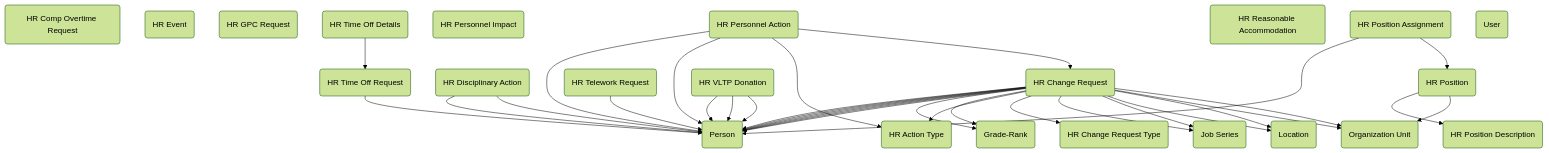
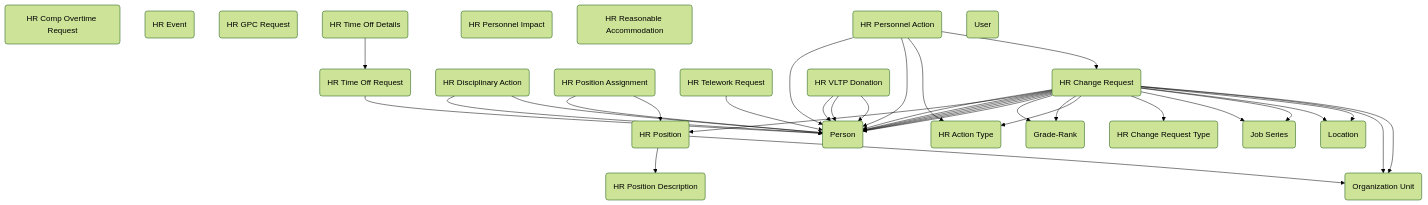
Before and after one commit to microsoft/gov-solutions: the diagram in _data_models/hr-administration.md, drawn with Mermaid (forest theme). The commit also changed other lines of this file and 3 other files, not shown here.

````diff
--- a/_data_models/hr-administration.md
+++ b/_data_models/hr-administration.md
@@ -28,58 +28,59 @@
 ```mermaid
 graph TD
   Contact(Person)
   govcdm_graderank(Grade-Rank)
   govcdm_HRActionType(HR Action Type)
   govcdm_HRChangeRequest(HR Change Request)
   govcdm_HRChangeRequestType(HR Change Request Type)
   govcdm_HRCompOvertimeRequest(HR Comp Overtime Request)
   govcdm_HRDisciplinaryAction(HR Disciplinary Action)
   govcdm_HREvent(HR Event)
   govcdm_HRGPCRequest(HR GPC Request)
   govcdm_HRPersonnelAction(HR Personnel Action)
   govcdm_HRPersonnelImpact(HR Personnel Impact)
   govcdm_HRPosition(HR Position)
   govcdm_HRPositionAssignment(HR Position Assignment)
   govcdm_HRPositionDescription(HR Position Description)
   govcdm_HRReasonableAccommodation(HR Reasonable Accommodation)
   govcdm_HRTeleworkRequest(HR Telework Request)
   govcdm_HRTimeOffDetails(HR Time Off Details)
   govcdm_HRTimeOffRequest(HR Time Off Request)
   govcdm_HRVLTPDonation(HR VLTP Donation)
   govcdm_jobseries(Job Series)
   govcdm_Location(Location)
   govcdm_organizationunit(Organization Unit)
   SystemUser(User)
   govcdm_HRChangeRequest --> Contact
+  govcdm_HRChangeRequest --> govcdm_HRPosition
   govcdm_HRTeleworkRequest --> Contact
   govcdm_HRTimeOffRequest --> Contact
   govcdm_HRChangeRequest --> Contact
   govcdm_HRChangeRequest --> Contact
   govcdm_HRChangeRequest --> Contact
   govcdm_HRChangeRequest --> Contact
   govcdm_HRChangeRequest --> Contact
   govcdm_HRDisciplinaryAction --> Contact
   govcdm_HRDisciplinaryAction --> Contact
   govcdm_HRPersonnelAction --> Contact
   govcdm_HRPersonnelAction --> Contact
   govcdm_HRPositionAssignment --> Contact
   govcdm_HRVLTPDonation --> Contact
   govcdm_HRVLTPDonation --> Contact
   govcdm_HRVLTPDonation --> Contact
   govcdm_HRChangeRequest --> govcdm_graderank
   govcdm_HRChangeRequest --> govcdm_graderank
   govcdm_HRChangeRequest --> govcdm_HRActionType
   govcdm_HRPersonnelAction --> govcdm_HRActionType
   govcdm_HRPersonnelAction --> govcdm_HRChangeRequest
   govcdm_HRChangeRequest --> govcdm_HRChangeRequestType
   govcdm_HRPositionAssignment --> govcdm_HRPosition
   govcdm_HRPosition --> govcdm_HRPositionDescription
   govcdm_HRTimeOffDetails --> govcdm_HRTimeOffRequest
   govcdm_HRChangeRequest --> govcdm_jobseries
   govcdm_HRChangeRequest --> govcdm_jobseries
   govcdm_HRChangeRequest --> govcdm_Location
   govcdm_HRChangeRequest --> govcdm_Location
   govcdm_HRChangeRequest --> govcdm_organizationunit
   govcdm_HRChangeRequest --> govcdm_organizationunit
   govcdm_HRPosition --> govcdm_organizationunit
 ```
````
